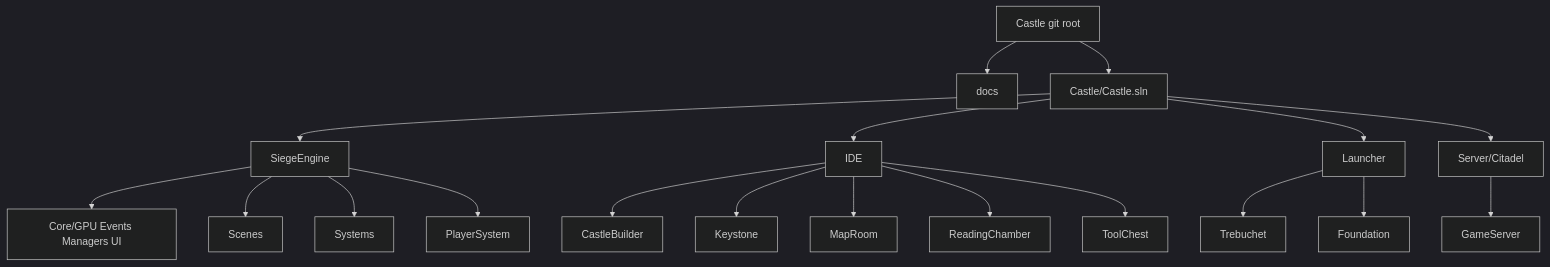
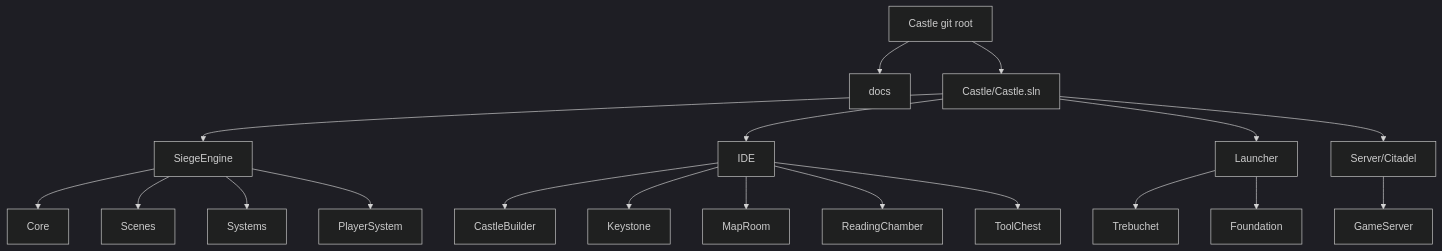
The second of 8 diagrams in README.md (ireakhavok/Castle), drawn with Mermaid before and after one commit. The commit also changed other lines of this file and 6 other files, not shown here.

````diff
--- a/README.md
+++ b/README.md
@@ -190,23 +156,23 @@
 ```mermaid
 %%{init: {'theme':'dark'}}%%
 flowchart TB
   ROOT[Castle git root]
   ROOT --> DOCS[docs]
   ROOT --> SLN[Castle/Castle.sln]
   SLN --> SE[SiegeEngine]
   SLN --> IDE[IDE]
   SLN --> LAU[Launcher]
   SLN --> CIT[Server/Citadel]
-  SE --> CORE[Core/GPU Events Managers UI]
+  SE --> CORE[Core]
   SE --> SCN[Scenes]
   SE --> SYS[Systems]
   SE --> PLY[PlayerSystem]
   IDE --> CB[CastleBuilder]
   IDE --> KS[Keystone]
   IDE --> MR[MapRoom]
   IDE --> RC[ReadingChamber]
   IDE --> TC[ToolChest]
   LAU --> TR[Trebuchet]
   LAU --> FD[Foundation]
   CIT --> GS[GameServer]
 ```
````
